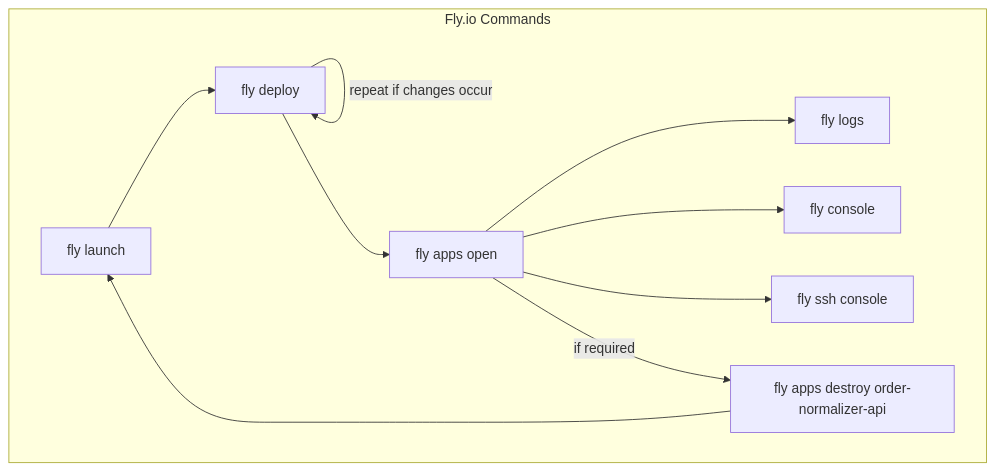
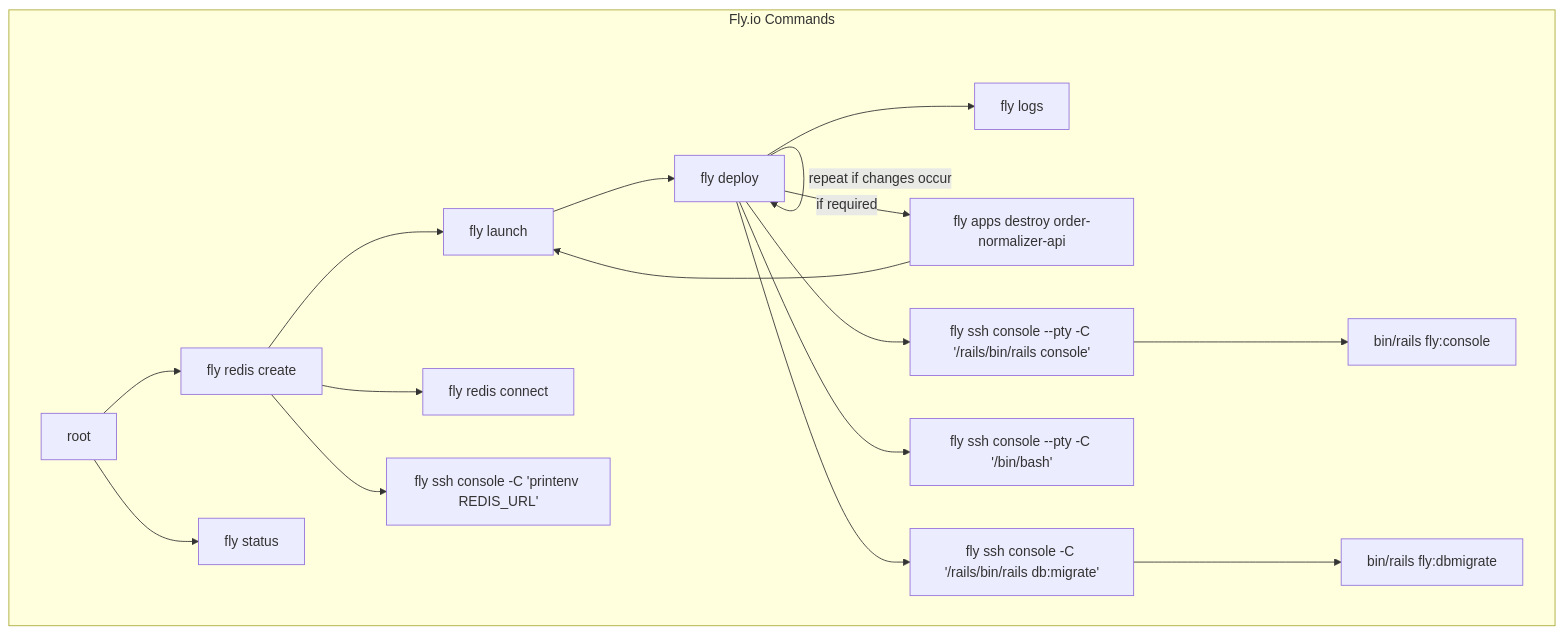
Before and after one commit to enogrob/order_normalizer_api: the third of 4 diagrams in README.md, drawn with Mermaid. The commit also changed 4 other files, not shown here.

````diff
--- a/README.md
+++ b/README.md
@@ -485,21 +485,35 @@
 ```mermaid
 graph TD
     subgraph Fly.io Commands
         A[fly launch]
         B[fly deploy]
-        C[fly apps open]
+        M[fly status]
         D[fly logs]
         E[fly apps destroy order-normalizer-api]
-        F[fly ssh console]
-        G[fly console]
+        F[fly ssh console --pty -C '/rails/bin/rails console']
+        G[fly ssh console --pty -C '/bin/bash']
+        H[fly redis create]
+        I[fly redis connect]
+        J[fly ssh console -C '/rails/bin/rails db:migrate']
+        K[bin/rails fly:console]
+        L[fly ssh console -C 'printenv REDIS_URL']
+        N[root]
+        O[bin/rails fly:dbmigrate]
 
+        B --> |repeat if changes occur| B
+        B --> D
+        B --> F
+        B --> |if required| E
+        E --> A
+        B --> J
+        B --> G
+        H --> I
+        F --> K
+        H --> L
+        H --> A
         A --> B
-        B --> C
-        B --> |repeat if changes occur| B
-        C --> D
-        C --> G
-        C --> F
-        C --> |if required| E
-        E --> A
+        N --> H
+        N --> M
+        J --> O
     end
 ```
````
